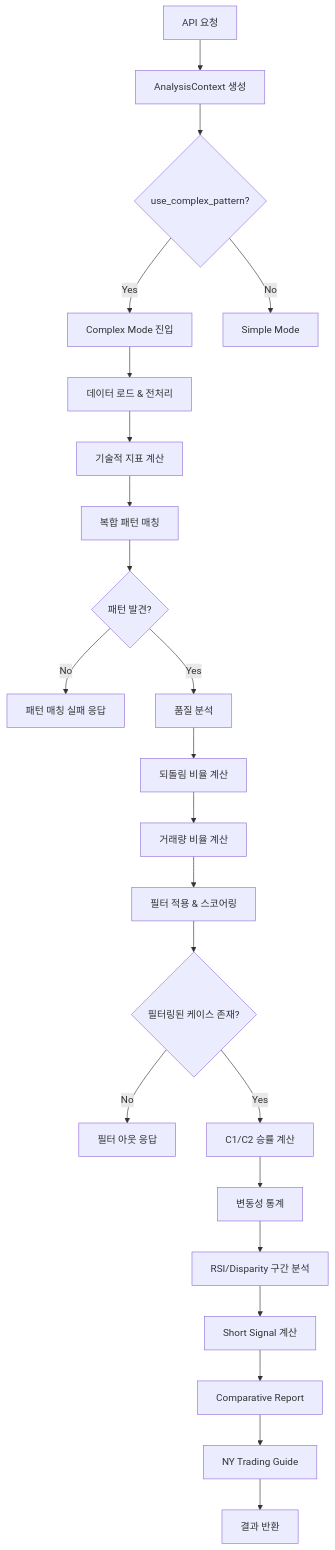
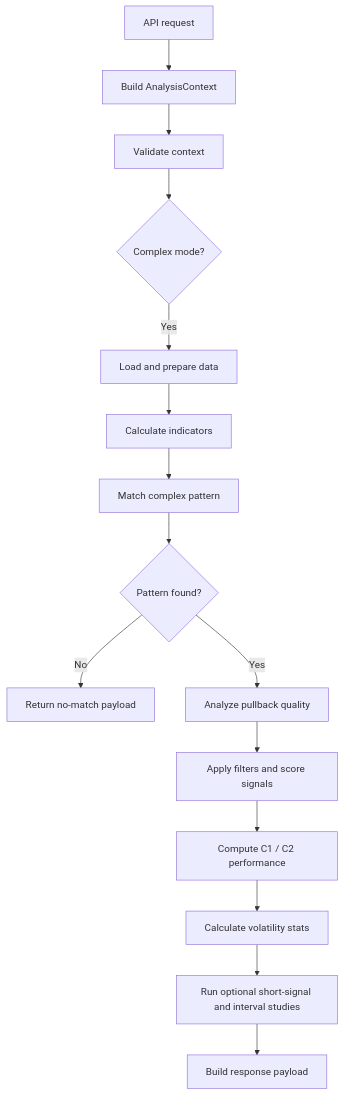
The diagram in docs/COMPLEX_MODE_FLOW.md (alfredcho91-ux/Quant-Lab), drawn with Mermaid before and after one commit. The commit also changed other lines of this file and 10 other files, not shown here.

````diff
--- a/docs/COMPLEX_MODE_FLOW.md
+++ b/docs/COMPLEX_MODE_FLOW.md
@@ -11,25 +13,17 @@
 ```mermaid
-flowchart TD
-    A[API 요청] --> B[AnalysisContext 생성]
-    B --> C{use_complex_pattern?}
-    C -->|Yes| D[Complex Mode 진입]
-    C -->|No| E[Simple Mode]
-    D --> F[데이터 로드 & 전처리]
-    F --> G[기술적 지표 계산]
-    G --> H[복합 패턴 매칭]
-    H --> I{패턴 발견?}
-    I -->|No| J[패턴 매칭 실패 응답]
-    I -->|Yes| K[품질 분석]
-    K --> L[되돌림 비율 계산]
-    L --> M[거래량 비율 계산]
-    M --> N[필터 적용 & 스코어링]
-    N --> O{필터링된 케이스 존재?}
-    O -->|No| P[필터 아웃 응답]
-    O -->|Yes| Q[C1/C2 승률 계산]
-    Q --> R[변동성 통계]
-    R --> S[RSI/Disparity 구간 분석]
-    S --> T[Short Signal 계산]
-    T --> U[Comparative Report]
-    U --> V[NY Trading Guide]
-    V --> W[결과 반환]
+graph TD
+    A["API request"] --> B["Build AnalysisContext"]
+    B --> C["Validate context"]
+    C --> D{"Complex mode?"}
+    D -->|Yes| E["Load and prepare data"]
+    E --> F["Calculate indicators"]
+    F --> G["Match complex pattern"]
+    G --> H{"Pattern found?"}
+    H -->|No| I["Return no-match payload"]
+    H -->|Yes| J["Analyze pullback quality"]
+    J --> K["Apply filters and score signals"]
+    K --> L["Compute C1 / C2 performance"]
+    L --> M["Calculate volatility stats"]
+    M --> N["Run optional short-signal and interval studies"]
+    N --> O["Build response payload"]
 ```
````
